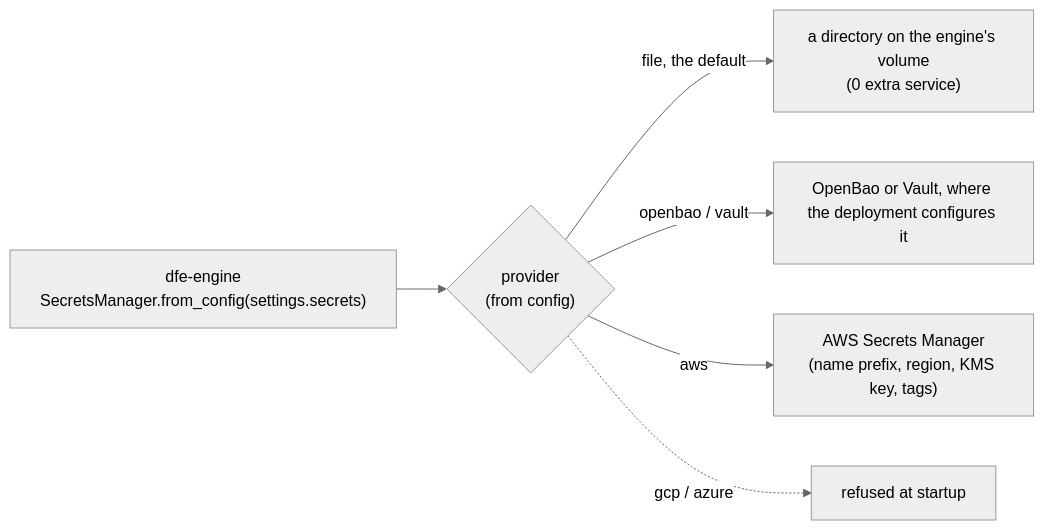
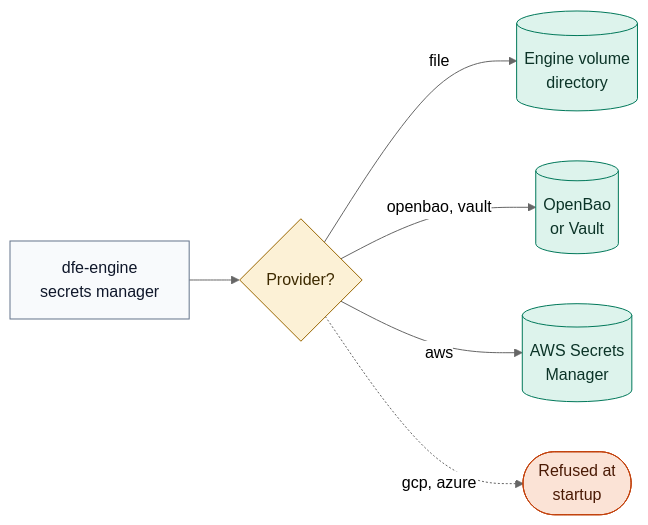
One commit to hyperi-io/dfe-engine changed the third of 4 diagrams in docs/deployment/backing-services.md. Above: the diagram before and after it, drawn with Mermaid (neutral theme). The commit also changed other lines of this file and 71 other files, not shown here.

First line of the commit message:
docs(engine): fix 159 claims and redraw every diagram

````diff
--- a/docs/deployment/backing-services.md
+++ b/docs/deployment/backing-services.md
@@ -100,8 +124,26 @@
 ```mermaid
 flowchart LR
-    E["dfe-engine<br/>SecretsManager.from_config(settings.secrets)"] --> P{"provider<br/>(from config)"}
-    P -->|file, the default| F["a directory on the engine's volume<br/>(0 extra service)"]
-    P -->|openbao / vault| O["OpenBao or Vault, where the deployment configures it"]
-    P -->|aws| AWS["AWS Secrets Manager<br/>(name prefix, region, KMS key, tags)"]
-    P -.->|gcp / azure| NO["refused at startup"]
+    accTitle: L4 Detail -- Secrets provider choice
+    accDescr: The engine builds one secrets manager from config. The file provider is the default, openbao or vault and aws select those backends, and gcp or azure are refused at startup.
+
+    eng["dfe-engine<br/>secrets manager"]
+    choice{"Provider?"}
+    file[("Engine volume<br/>directory")]
+    bao[("OpenBao<br/>or Vault")]
+    sm[("AWS Secrets<br/>Manager")]
+    refused(["Refused at<br/>startup"])
+
+    eng --> choice
+    choice -->|file| file
+    choice -->|openbao, vault| bao
+    choice -->|aws| sm
+    choice -.->|gcp, azure| refused
+
+    classDef default fill:#F8FAFC,stroke:#64748B,stroke-width:1px,color:#0F172A
+    classDef store fill:#DDF3EC,stroke:#00785A,stroke-width:1px,color:#0B3327
+    classDef decision fill:#FCF1D6,stroke:#9A6700,stroke-width:1px,color:#3D2A00
+    classDef error fill:#FBE3D6,stroke:#C2410C,stroke-width:1px,color:#4A1A05
+    class choice decision
+    class file,bao,sm store
+    class refused error
 ```
````
